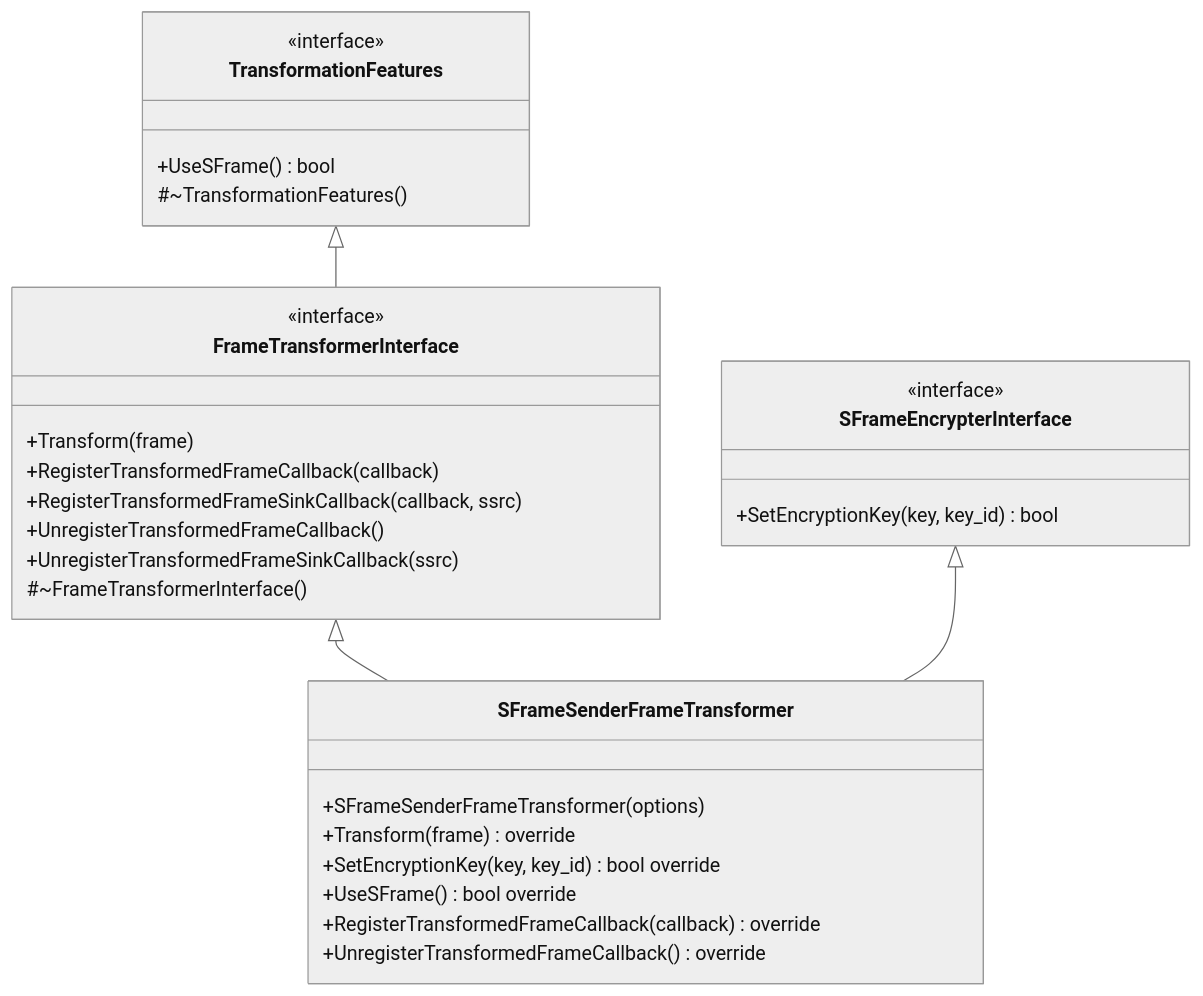
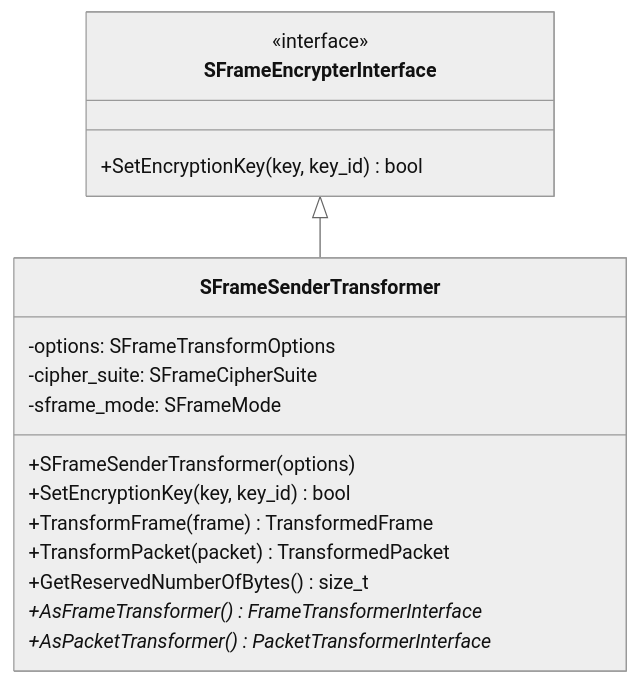
One commit to webex/webrtc-sframe changed the seventh of 22 diagrams in README.md. Above: the diagram before and after it, drawn with Mermaid (neutral theme). The commit also changed other lines of this file, not shown here.

Commit message:
architecture

````diff
--- a/README.md
+++ b/README.md
@@ -213,36 +211,22 @@
 ```mermaid
 classDiagram
-    class TransformationFeatures {
-        <<interface>>
-        +UseSFrame() bool
-        #~TransformationFeatures()
-    }
-    
-    class FrameTransformerInterface {
-        <<interface>>
-        +Transform(frame)
-        +RegisterTransformedFrameCallback(callback)
-        +RegisterTransformedFrameSinkCallback(callback, ssrc)
-        +UnregisterTransformedFrameCallback()
-        +UnregisterTransformedFrameSinkCallback(ssrc)
-        #~FrameTransformerInterface()
-    }
-    
     class SFrameEncrypterInterface {
         <<interface>>
         +SetEncryptionKey(key, key_id) bool
     }
     
-    class SFrameSenderFrameTransformer {
-        +SFrameSenderFrameTransformer(options)
-        +Transform(frame) override
-        +SetEncryptionKey(key, key_id) bool override
-        +UseSFrame() bool override
-        +RegisterTransformedFrameCallback(callback) override
-        +UnregisterTransformedFrameCallback() override
+    class SFrameSenderTransformer {
+        -options: SFrameTransformOptions
+        -cipher_suite: SFrameCipherSuite
+        -sframe_mode: SFrameMode
+        +SFrameSenderTransformer(options)
+        +SetEncryptionKey(key, key_id) bool
+        +TransformFrame(frame) TransformedFrame
+        +TransformPacket(packet) TransformedPacket
+        +GetReservedNumberOfBytes() size_t
+        +AsFrameTransformer() FrameTransformerInterface*
+        +AsPacketTransformer() PacketTransformerInterface*
     }
     
-    TransformationFeatures <|-- FrameTransformerInterface
-    FrameTransformerInterface <|-- SFrameSenderFrameTransformer
-    SFrameEncrypterInterface <|-- SFrameSenderFrameTransformer
+    SFrameEncrypterInterface <|-- SFrameSenderTransformer
 ```
````
